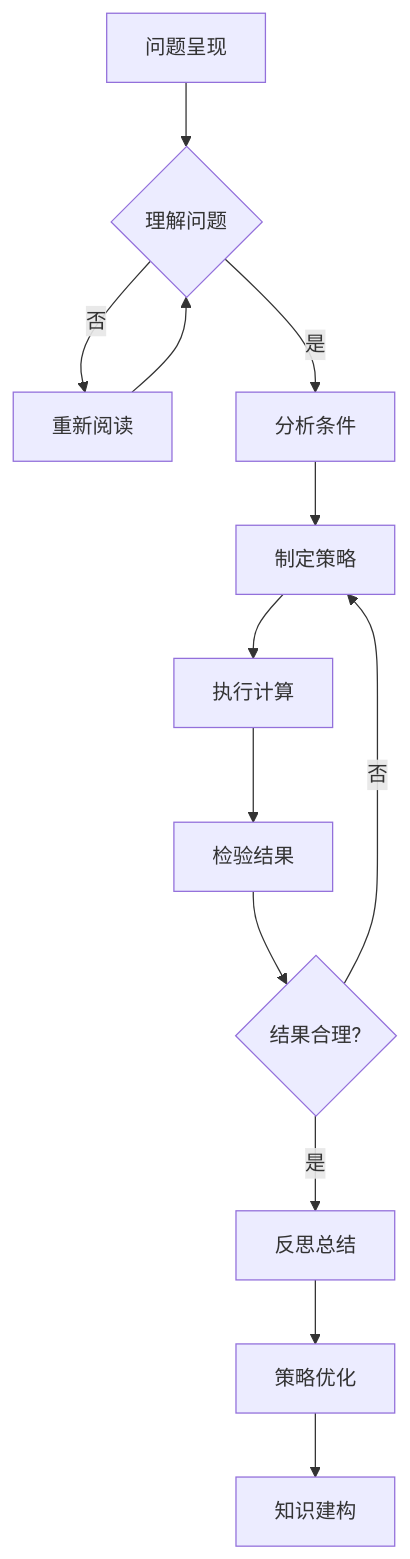
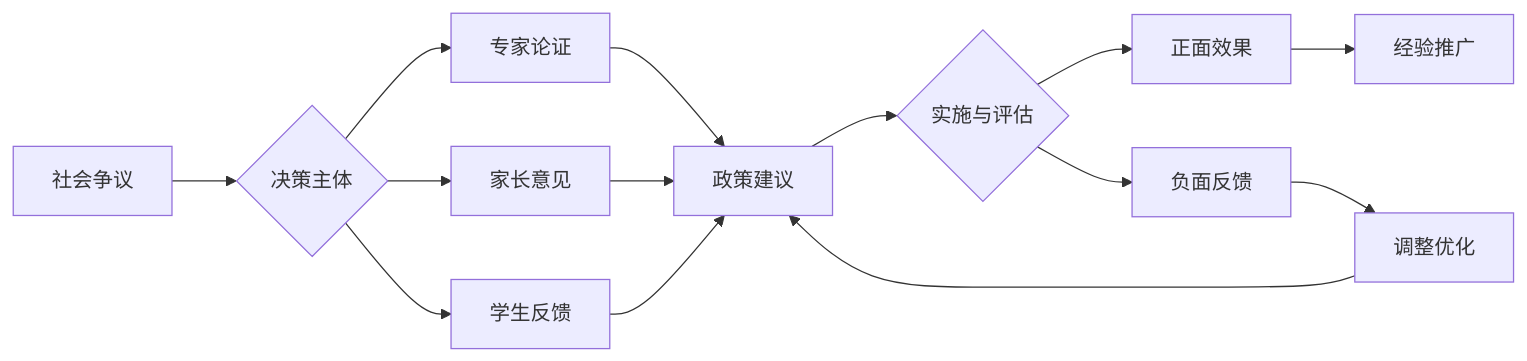
Before and after one commit to AdaMartin18010/SeniorEnducation: the sixth of 6 diagrams in 02-核心学科理论/01-数学教育理论与实践.md, drawn with Mermaid. The commit also changed other lines of this file and 37 other files, not shown here.

````diff
--- a/02-核心学科理论/01-数学教育理论与实践.md
+++ b/02-核心学科理论/01-数学教育理论与实践.md
@@ -324,18 +357,16 @@
 ```mermaid
-flowchart TD
-    A[问题呈现] --> B{理解问题}
-    B -->|否| A1[重新阅读]
-    A1 --> B
-    B -->|是| C[分析条件]
-    
-    C --> D[制定策略]
-    D --> E[执行计算]
-    E --> F[检验结果]
-    
-    F --> G{结果合理?}
-    G -->|否| D
-    G -->|是| H[反思总结]
-    
-    H --> I[策略优化]
-    I --> J[知识建构]
+graph LR
+    A[社会争议] --> B{决策主体}
+    B --> C[专家论证]
+    B --> D[家长意见]
+    B --> E[学生反馈]
+    C --> F[政策建议]
+    D --> F
+    E --> F
+    F --> G{实施与评估}
+    G --> H[正面效果]
+    G --> I[负面反馈]
+    I --> J[调整优化]
+    H --> K[经验推广]
+    J --> F
 ```
````
